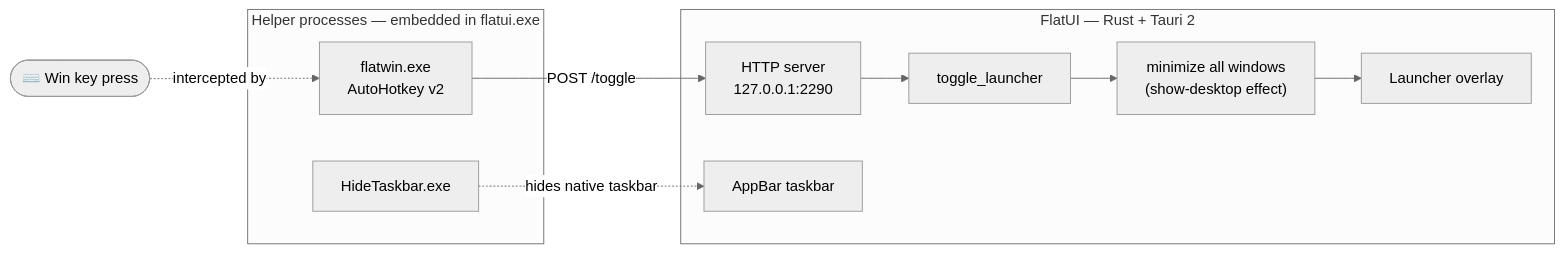
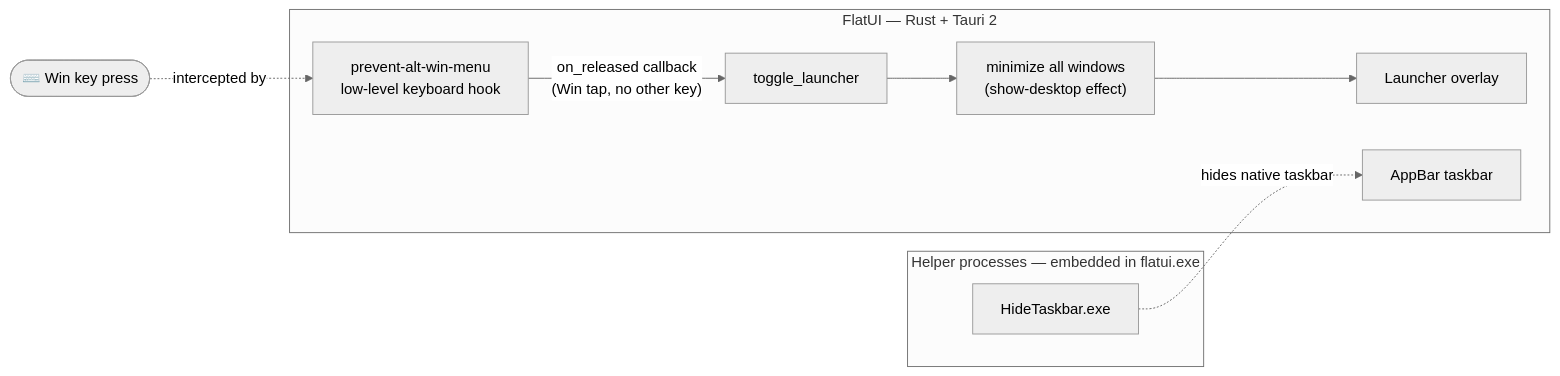
Before and after one commit to nend-x/FlatUI: the diagram in README.md, drawn with Mermaid (neutral theme). The commit also changed other lines of this file and 9 other files, not shown here.

````diff
--- a/README.md
+++ b/README.md
@@ -64,20 +65,18 @@
 ```mermaid
 flowchart LR
     WIN(["⌨️ Win key press"])
     subgraph HELPERS["Helper processes — embedded in flatui.exe"]
-        FW["flatwin.exe\nAutoHotkey v2"]
         HT["HideTaskbar.exe"]
     end
     subgraph APP["FlatUI — Rust + Tauri 2"]
-        SRV["HTTP server\n127.0.0.1:2290"]
+        PAM["prevent-alt-win-menu\nlow-level keyboard hook"]
         TOGGLE["toggle_launcher"]
         MIN["minimize all windows\n(show-desktop effect)"]
         L["Launcher overlay"]
         T["AppBar taskbar"]
     end
-    FW -- "POST /toggle" --> SRV
-    WIN -.->|intercepted by| FW
-    SRV --> TOGGLE
+    WIN -.->|intercepted by| PAM
+    PAM -- "on_released callback\n(Win tap, no other key)" --> TOGGLE
     TOGGLE --> MIN --> L
     HT -.->|hides native taskbar| T
 ```
````
